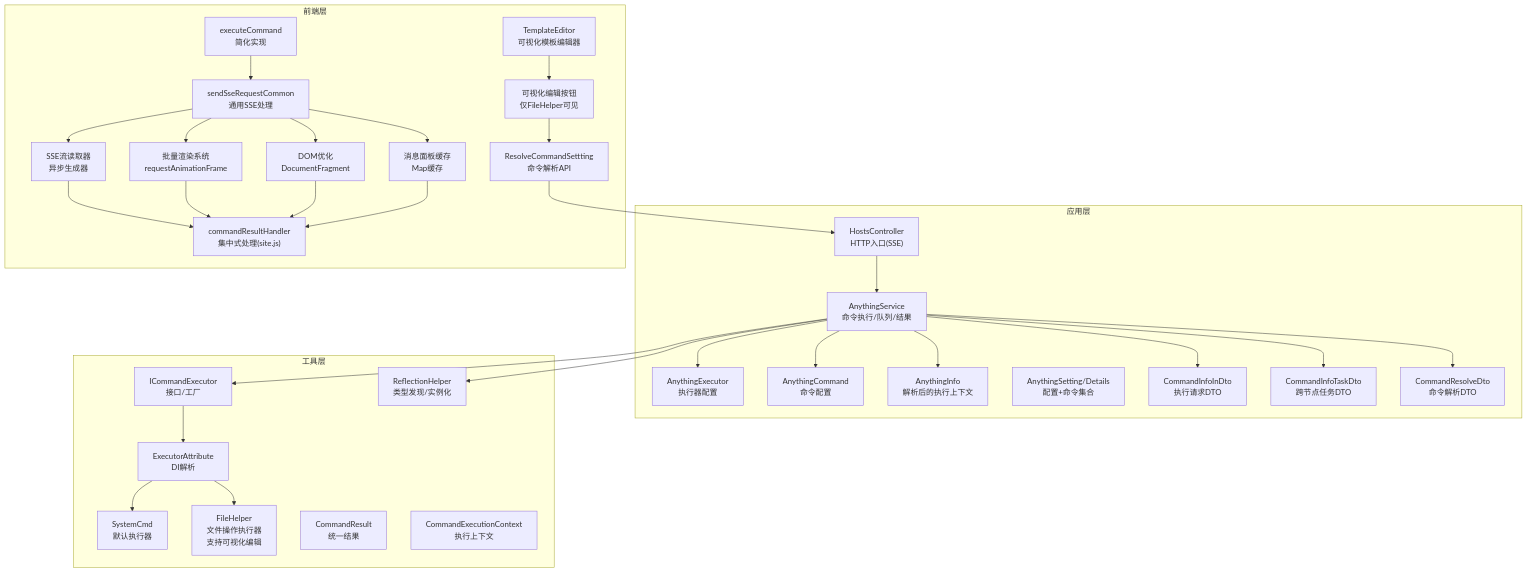
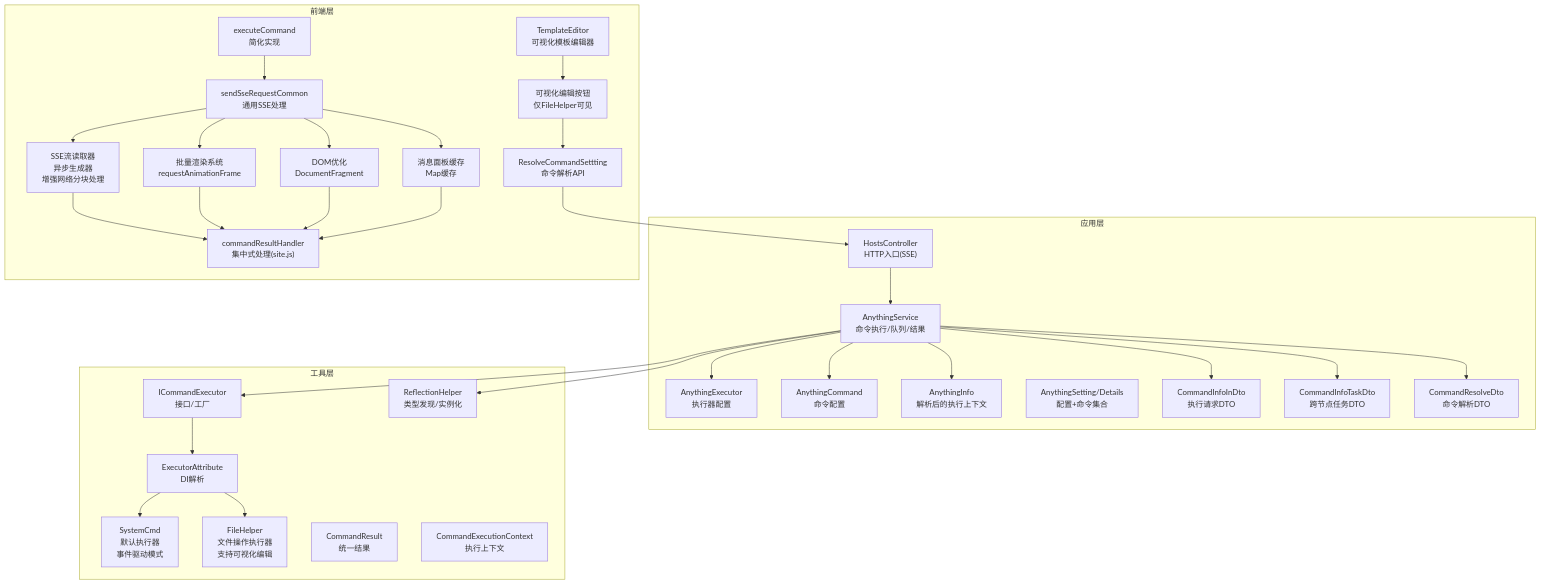
Before and after one commit to Sosososolong/AirGo: the first of 10 diagrams in .qoder/repowiki/zh/content/项目概述/核心特性/远程主机管理/命令执行器系统.md, drawn with Mermaid. The commit also changed other lines of this file and 3 other files, not shown here.

````diff
--- a/.qoder/repowiki/zh/content/项目概述/核心特性/远程主机管理/命令执行器系统.md
+++ b/.qoder/repowiki/zh/content/项目概述/核心特性/远程主机管理/命令执行器系统.md
@@ -80,59 +81,59 @@
 ```mermaid
 graph TB
 subgraph "应用层"
 HC["HostsController<br/>HTTP入口(SSE)"]
 AS["AnythingService<br/>命令执行/队列/结果"]
 AE["AnythingExecutor<br/>执行器配置"]
 AC["AnythingCommand<br/>命令配置"]
 AI["AnythingInfo<br/>解析后的执行上下文"]
 ASD["AnythingSetting/Details<br/>配置+命令集合"]
 CID["CommandInfoInDto<br/>执行请求DTO"]
 CTID["CommandInfoTaskDto<br/>跨节点任务DTO"]
 CRD["CommandResolveDto<br/>命令解析DTO"]
 end
 subgraph "工具层"
 ICE["ICommandExecutor<br/>接口/工厂"]
-SYS["SystemCmd<br/>默认执行器"]
+SYS["SystemCmd<br/>默认执行器<br/>事件驱动模式"]
 FH["FileHelper<br/>文件操作执行器<br/>支持可视化编辑"]
 EA["ExecutorAttribute<br/>DI解析"]
 RH["ReflectionHelper<br/>类型发现/实例化"]
 CR["CommandResult<br/>统一结果"]
 CEC["CommandExecutionContext<br/>执行上下文"]
 end
 subgraph "前端层"
 EXECCMD["executeCommand<br/>简化实现"]
-SSER["SSE流读取器<br/>异步生成器"]
+SSER["SSE流读取器<br/>异步生成器<br/>增强网络分块处理"]
 BATCH["批量渲染系统<br/>requestAnimationFrame"]
 DF["DOM优化<br/>DocumentFragment"]
 CACHE["消息面板缓存<br/>Map缓存"]
 CRH["commandResultHandler<br/>集中式处理(site.js)"]
 SSERC["sendSseRequestCommon<br/>通用SSE处理"]
 TE["TemplateEditor<br/>可视化模板编辑器"]
 VEBTN["可视化编辑按钮<br/>仅FileHelper可见"]
 RESOLVE["ResolveCommandSettting<br/>命令解析API"]
 end
 HC --> AS
 AS --> ICE
 ICE --> EA
 EA --> SYS
 EA --> FH
 AS --> RH
 AS --> AC
 AS --> AE
 AS --> AI
 AS --> CID
 AS --> CTID
 AS --> CRD
 EXECCMD --> SSERC
 SSERC --> SSER
 SSERC --> BATCH
 SSERC --> DF
 SSERC --> CACHE
 SSER --> CRH
 BATCH --> CRH
 DF --> CRH
 CACHE --> CRH
 TE --> VEBTN
 VEBTN --> RESOLVE
 RESOLVE --> HC
 ```
````
